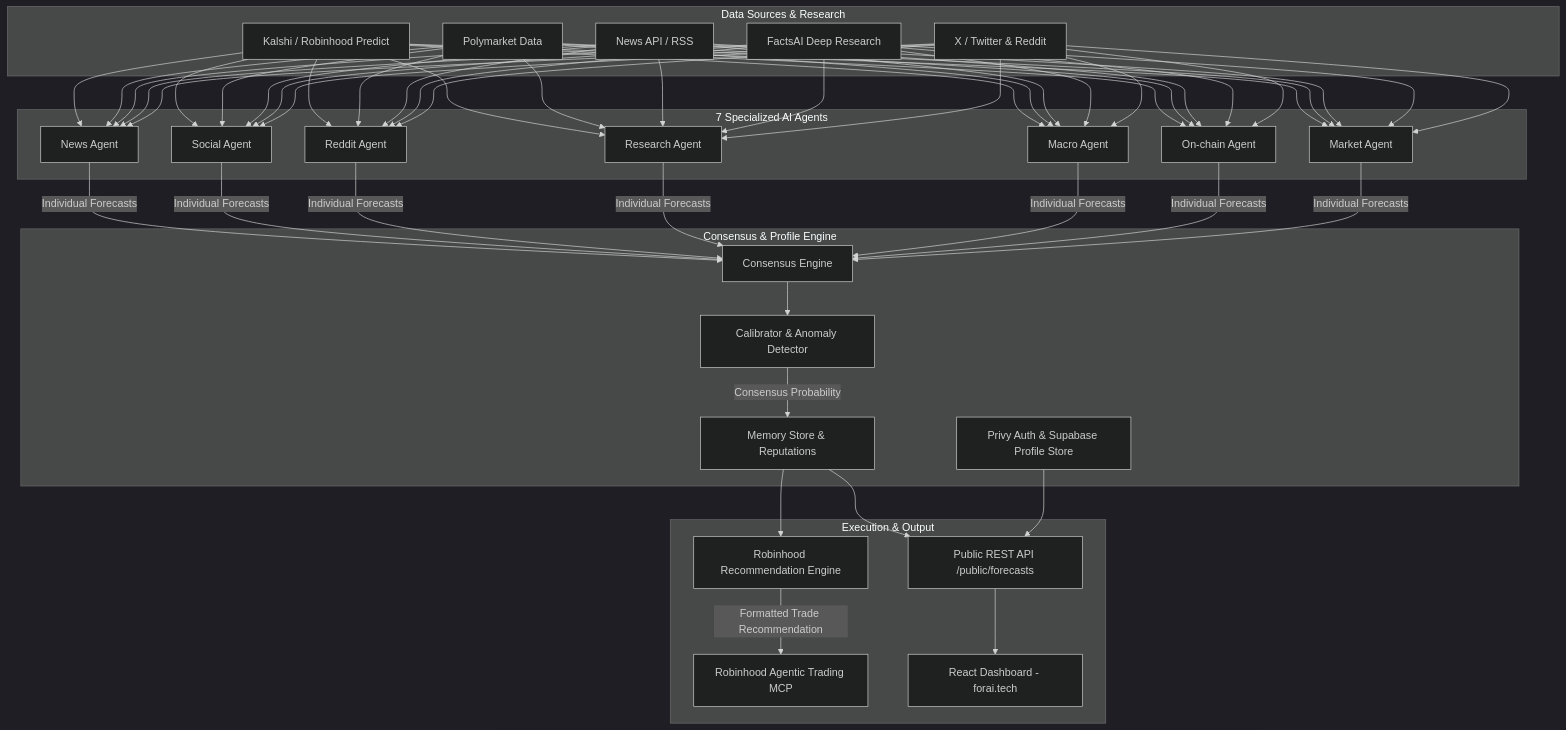
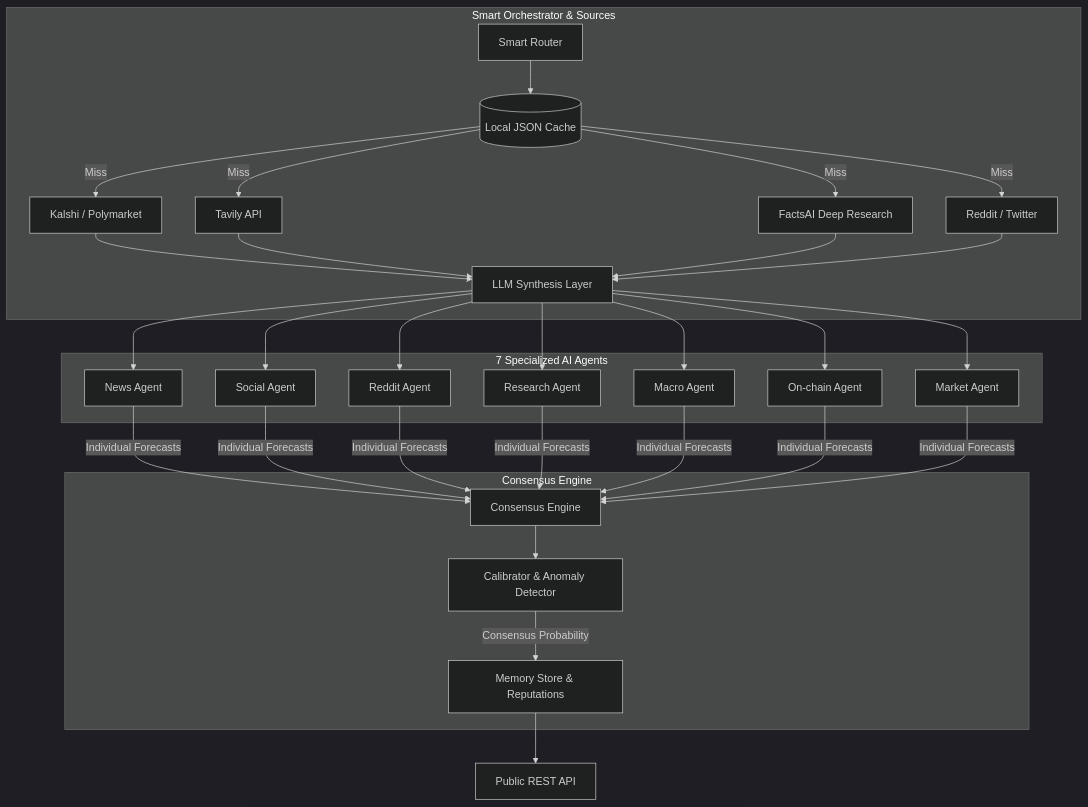
The diagram in README.md (codebyollie/forecast-agents), drawn with Mermaid (dark theme) before and after one commit. The commit also changed other lines of this file and 47 other files, not shown here.

Commit message:
feat: complete OSS audit, integrate Tavily, and add Smart Orchestrator

````diff
--- a/README.md
+++ b/README.md
@@ -55,44 +70,38 @@
 ```mermaid
 graph TD
-    subgraph Data Sources & Research
-        kalshi[Kalshi / Robinhood Predict]
-        poly[Polymarket Data]
-        news[News API / RSS]
-        factsai[FactsAI Deep Research]
-        social[X / Twitter & Reddit]
+    subgraph Smart Orchestrator & Sources
+        Router[Smart Router]
+        Cache[(Local JSON Cache)]
+        Synth[LLM Synthesis Layer]
+        
+        Router --> Cache
+        Cache -->|Miss| kalshi[Kalshi / Polymarket]
+        Cache -->|Miss| tavily[Tavily API]
+        Cache -->|Miss| factsai[FactsAI Deep Research]
+        Cache -->|Miss| social[Reddit / Twitter]
+        
+        kalshi & tavily & factsai & social --> Synth
     end
 
     subgraph 7 Specialized AI Agents
         A_News[News Agent]
         A_Social[Social Agent]
         A_Reddit[Reddit Agent]
         A_Research[Research Agent]
         A_Macro[Macro Agent]
         A_Onchain[On-chain Agent]
         A_Market[Market Agent]
     end
 
-    subgraph Consensus & Profile Engine
+    subgraph Consensus Engine
         CE[Consensus Engine]
         Calibrator[Calibrator & Anomaly Detector]
         Memory[Memory Store & Reputations]
-        Profile[Privy Auth & Supabase Profile Store]
     end
 
-    subgraph Execution & Output
-        RecEngine[Robinhood Recommendation Engine]
-        MCP[Robinhood Agentic Trading MCP]
-        API[Public REST API /public/forecasts]
-        UI[React Dashboard - forai.tech]
-    end
-
-    kalshi & poly & news & factsai & social --> A_News & A_Social & A_Reddit & A_Research & A_Macro & A_Onchain & A_Market
+    Synth --> A_News & A_Social & A_Reddit & A_Research & A_Macro & A_Onchain & A_Market
     A_News & A_Social & A_Reddit & A_Research & A_Macro & A_Onchain & A_Market -->|Individual Forecasts| CE
     CE --> Calibrator
     Calibrator -->|Consensus Probability| Memory
-    Memory --> RecEngine
-    RecEngine -->|Formatted Trade Recommendation| MCP
-    Memory --> API
-    Profile --> API
-    API --> UI
+    Memory --> API[Public REST API]
 ```
````
